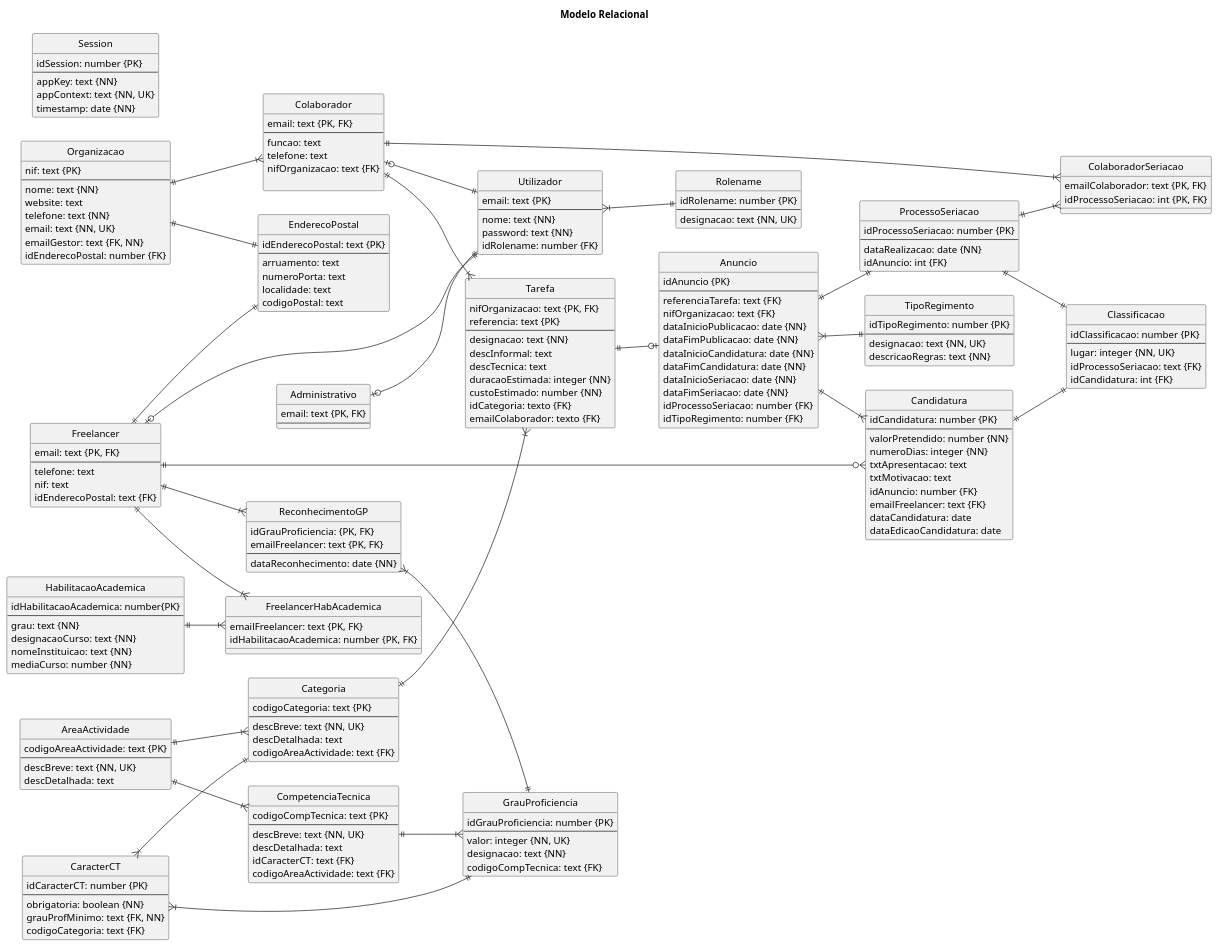
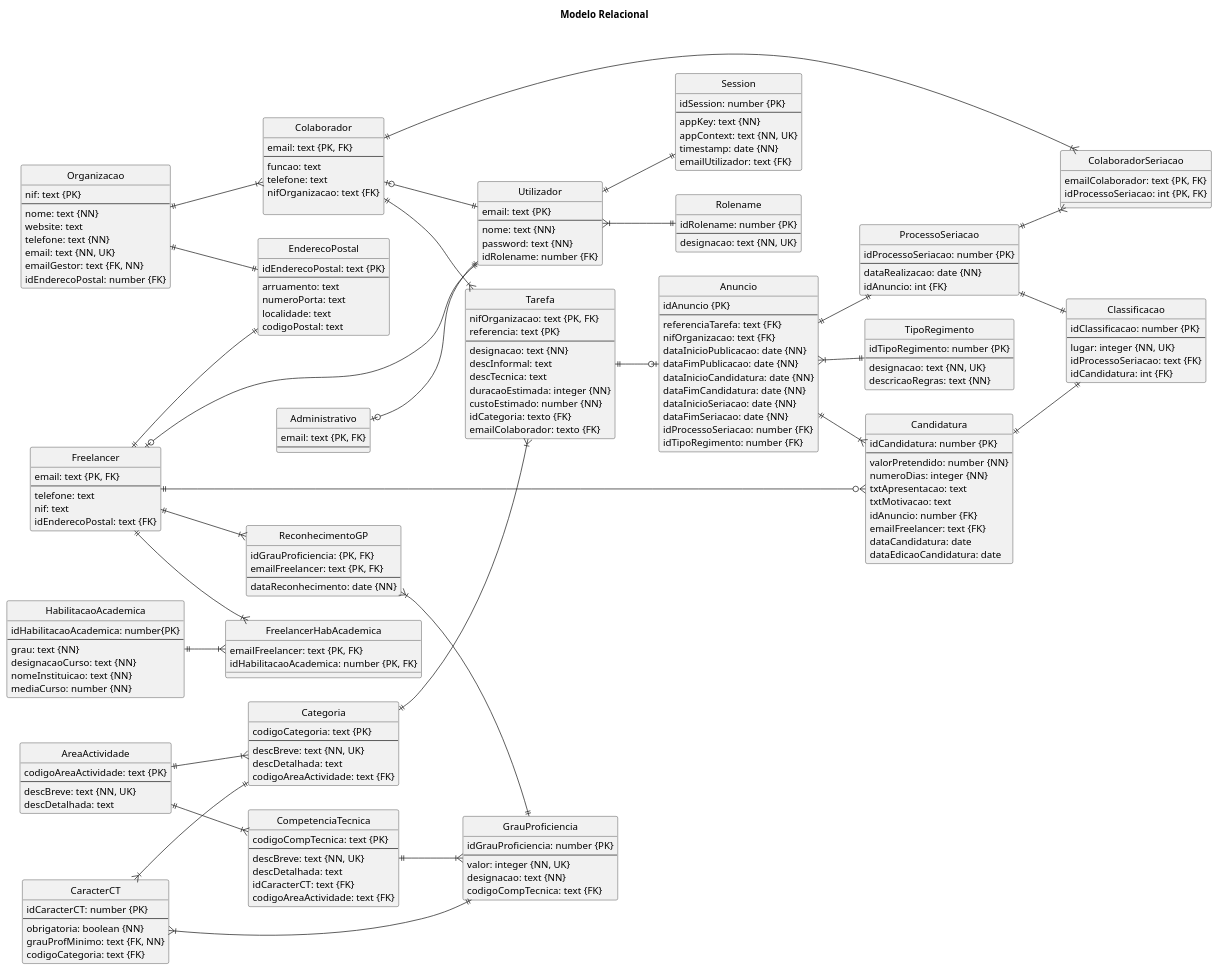
One commit to blestonbandeiraUPSKILL/upskill_java1_labprg_grupo2 changed the diagram in BaseDados/Modelo_Relacional.puml. Above: the diagram before and after it, drawn with PlantUML. The commit also changed 5 other files, not shown here.

```diff
--- a/BaseDados/Modelo_Relacional.puml
+++ b/BaseDados/Modelo_Relacional.puml
@@ -192,6 +192,7 @@
     appKey: text {NN}
     appContext: text {NN, UK}
     timestamp: date {NN}
+    emailUtilizador: text {FK}
 }
 
 entity "Rolename" {
@@ -229,5 +230,6 @@
 ProcessoSeriacao ||--|{ ColaboradorSeriacao
 Colaborador ||--|{ ColaboradorSeriacao
 Utilizador }|--|| Rolename
+Utilizador ||--|| Session
 
 @enduml
```
